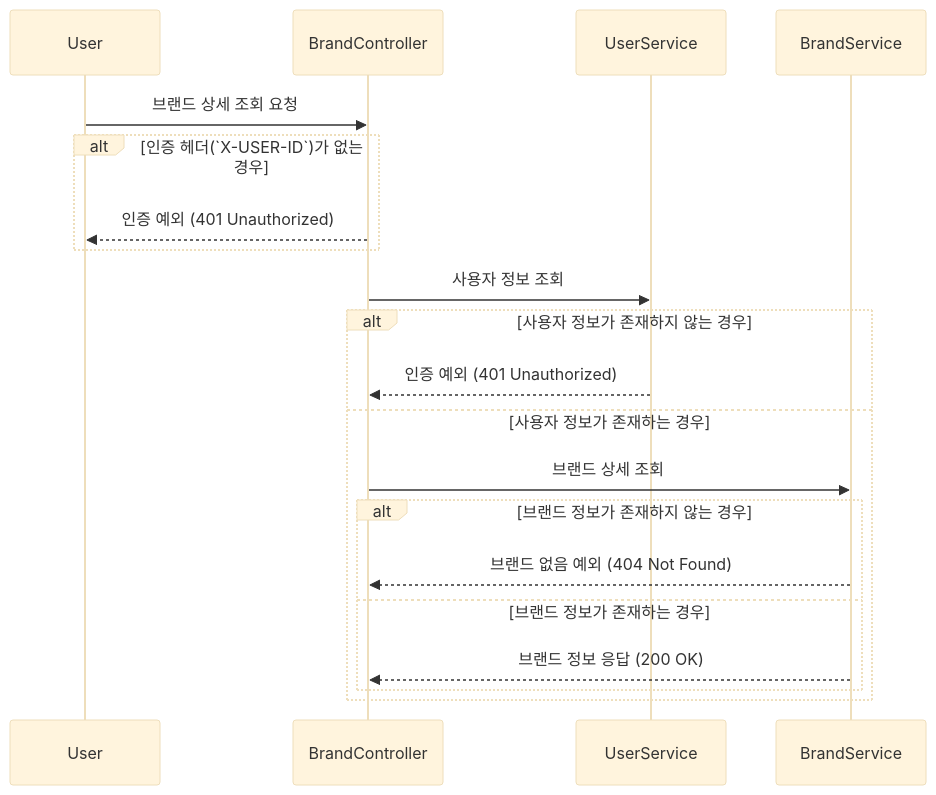
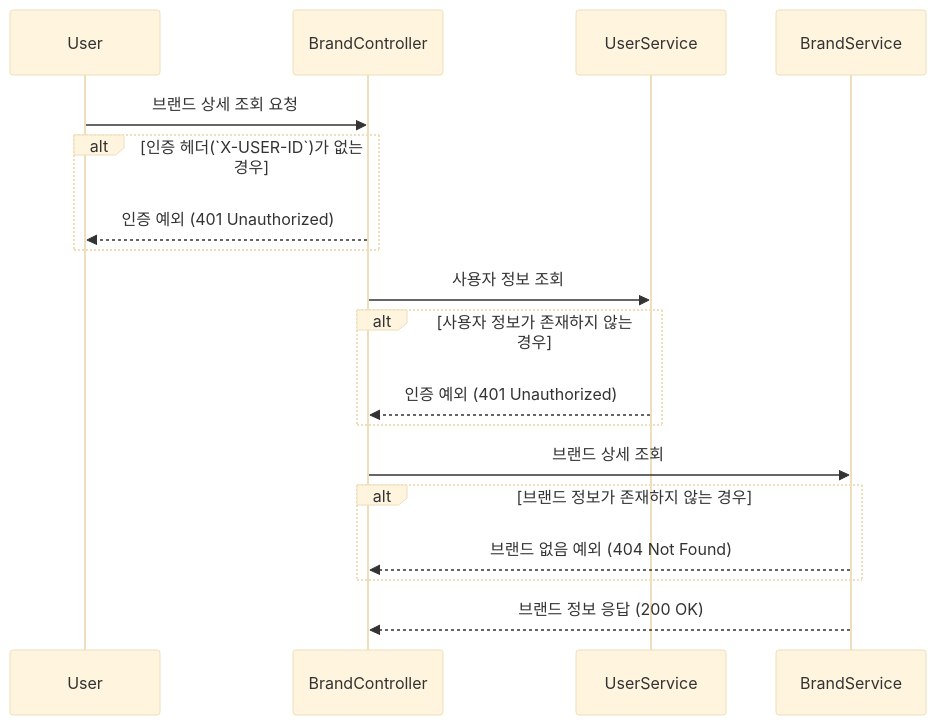
The second of 3 diagrams in docs/design/02-sequence-diagrams/brand.md (kiekk/gamsung-commerce), drawn with Mermaid (base theme) before and after one commit. The commit also changed other lines of this file, not shown here.

First line of the commit message:
docs: 브랜드 시퀀스 다이어그램 수정

````diff
--- a/docs/design/02-sequence-diagrams/brand.md
+++ b/docs/design/02-sequence-diagrams/brand.md
@@ -30,23 +28,21 @@
 ```mermaid
 sequenceDiagram
     participant User
     participant BrandController
     participant UserService
     participant BrandService
     User ->> BrandController: 브랜드 상세 조회 요청
     alt 인증 헤더(`X-USER-ID`)가 없는 경우
         BrandController -->> User: 인증 예외 (401 Unauthorized)
     end
     BrandController ->> UserService: 사용자 정보 조회
     alt 사용자 정보가 존재하지 않는 경우
         UserService -->> BrandController: 인증 예외 (401 Unauthorized)
-    else 사용자 정보가 존재하는 경우
-        BrandController ->> BrandService: 브랜드 상세 조회
+    end
+    BrandController ->> BrandService: 브랜드 상세 조회
+    alt 브랜드 정보가 존재하지 않는 경우
+        BrandService -->> BrandController: 브랜드 없음 예외 (404 Not Found)
+    end
+    BrandService -->> BrandController: 브랜드 정보 응답 (200 OK)
 
-        alt 브랜드 정보가 존재하지 않는 경우
-            BrandService -->> BrandController: 브랜드 없음 예외 (404 Not Found)
-        else 브랜드 정보가 존재하는 경우
-            BrandService -->> BrandController: 브랜드 정보 응답 (200 OK)
-        end
-    end
 ```
````
